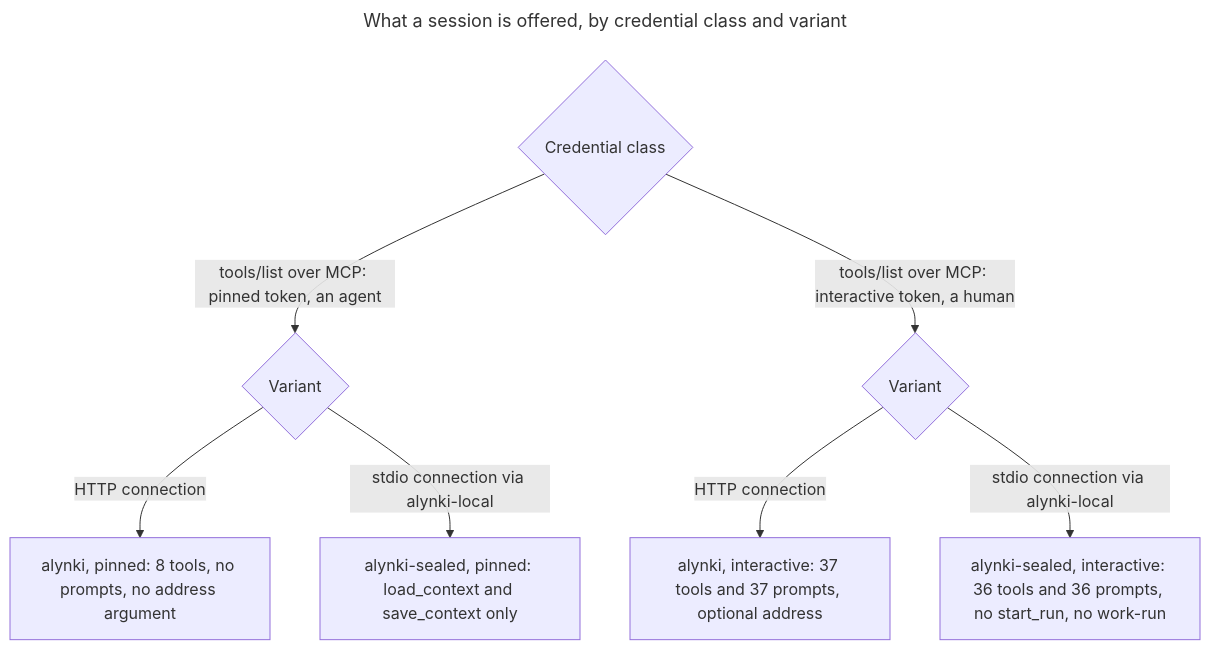
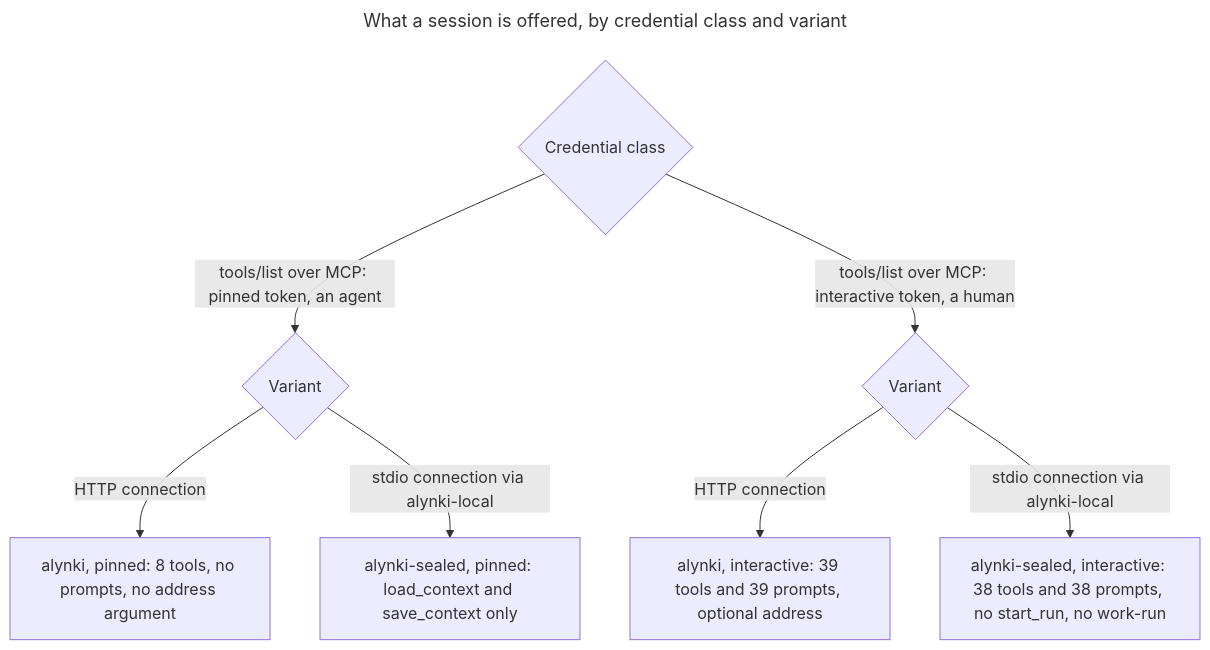
The second of 4 diagrams in README.md (alynki/plugin), drawn with Mermaid before and after one commit. The commit also changed other lines of this file and 7 other files, not shown here.

````diff
--- a/README.md
+++ b/README.md
@@ -154,20 +158,20 @@
 ```mermaid
 ---
 title: What a session is offered, by credential class and variant
 ---
 graph TB
   cls{"Credential class"}
   pinv{"Variant"}
   intv{"Variant"}
   p8["alynki, pinned: 8 tools, no prompts, no address argument"]
   ps["alynki-sealed, pinned: load_context and save_context only"]
-  i37["alynki, interactive: 37 tools and 37 prompts, optional address"]
-  i36["alynki-sealed, interactive: 36 tools and 36 prompts, no start_run, no work-run"]
+  i39["alynki, interactive: 39 tools and 39 prompts, optional address"]
+  i38["alynki-sealed, interactive: 38 tools and 38 prompts, no start_run, no work-run"]
 
   cls -->|"tools/list over MCP: pinned token, an agent"| pinv
   cls -->|"tools/list over MCP: interactive token, a human"| intv
   pinv -->|"HTTP connection"| p8
   pinv -->|"stdio connection via alynki-local"| ps
-  intv -->|"HTTP connection"| i37
-  intv -->|"stdio connection via alynki-local"| i36
+  intv -->|"HTTP connection"| i39
+  intv -->|"stdio connection via alynki-local"| i38
 ```
````
